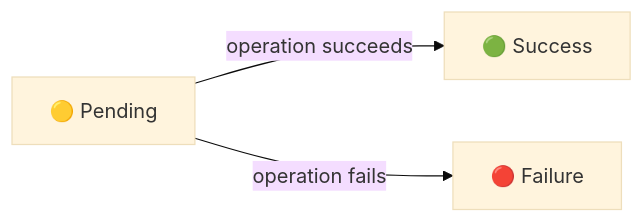
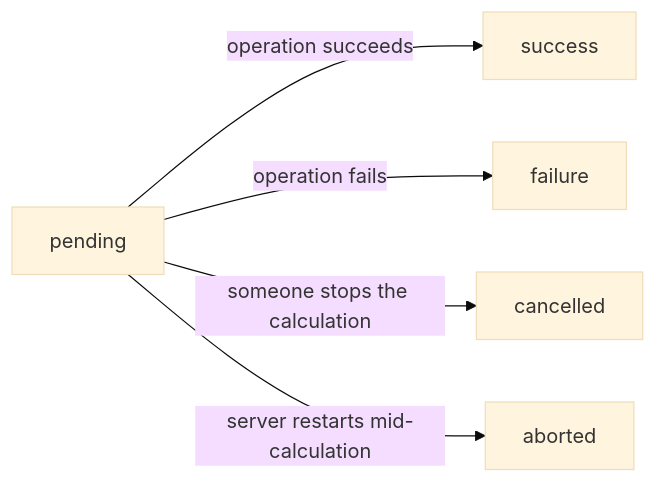
The diagram in docs/using-the-app/record-detail/audit log tab.md (ExcellenceCloudGmbH/lex-app), drawn with Mermaid (base theme) before and after one commit. The commit also changed other lines of this file and 87 other files, not shown here.

````diff
--- a/docs/using-the-app/record-detail/audit log tab.md
+++ b/docs/using-the-app/record-detail/audit log tab.md
@@ -33,5 +37,7 @@
 ```mermaid
 flowchart LR
-    A["🟡 Pending"] -->|operation succeeds| B["🟢 Success"]
-    A -->|operation fails| C["🔴 Failure"]
+    A["pending"] -->|operation succeeds| B["success"]
+    A -->|operation fails| C["failure"]
+    A -->|someone stops the calculation| D["cancelled"]
+    A -->|server restarts mid-calculation| E["aborted"]
 ```
````
